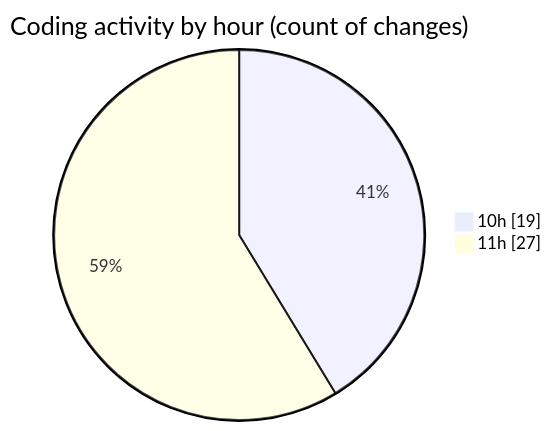
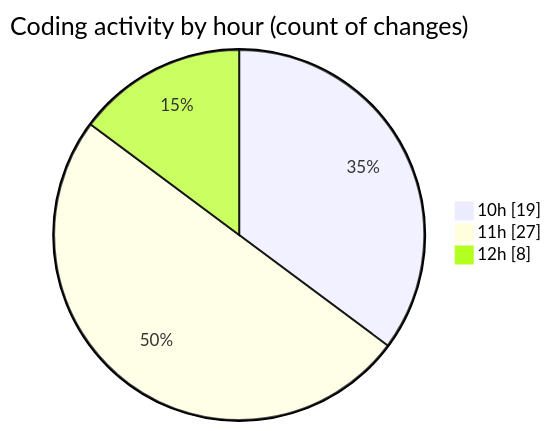
Before and after one commit to momahboobian/code-tracking: the second of 2 diagrams in 2025-03-18/cda/README.md, drawn with Mermaid. The commit also changed other lines of this file and 1 other file, not shown here.

````diff
--- a/2025-03-18/cda/README.md
+++ b/2025-03-18/cda/README.md
@@ -42,6 +42,7 @@
 ```mermaid
 pie showData
 title Coding activity by hour (count of changes)
 "10h" : 19
 "11h" : 27
+"12h" : 8
 ```
````
